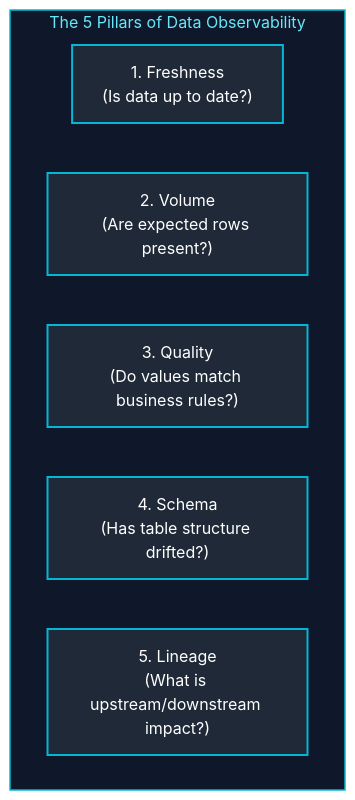
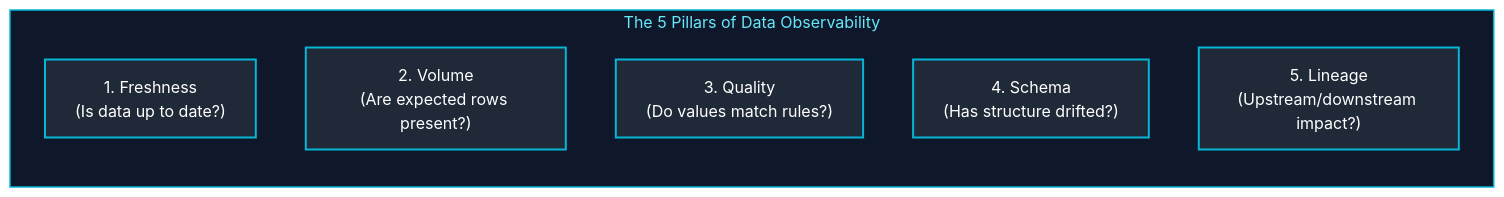
One commit to joydeep-biswas/Interview-Preparation changed the seventh of 9 diagrams in Data Engineering/14_data_governance_security_and_observability.md. Above: the diagram before and after it, drawn with Mermaid (neutral theme). The commit also changed other lines of this file and 76 other files, not shown here.

Commit message:
Updated Charts

````diff
--- a/Data Engineering/14_data_governance_security_and_observability.md
+++ b/Data Engineering/14_data_governance_security_and_observability.md
@@ -395,18 +397,18 @@
 ```mermaid
-flowchart TD
+flowchart LR
     subgraph FivePillars ["The 5 Pillars of Data Observability"]
         P1["1. Freshness<br/>(Is data up to date?)"]
         P2["2. Volume<br/>(Are expected rows present?)"]
-        P3["3. Quality<br/>(Do values match business rules?)"]
-        P4["4. Schema<br/>(Has table structure drifted?)"]
-        P5["5. Lineage<br/>(What is upstream/downstream impact?)"]
+        P3["3. Quality<br/>(Do values match rules?)"]
+        P4["4. Schema<br/>(Has structure drifted?)"]
+        P5["5. Lineage<br/>(Upstream/downstream impact?)"]
     end
 
     style FivePillars fill:#0f172a,stroke:#06b6d4,stroke-width:1.5px,color:#67e8f9
 
     style P1 fill:#1f2937,stroke:#06b6d4,stroke-width:2px,color:#fff
     style P2 fill:#1f2937,stroke:#06b6d4,stroke-width:2px,color:#fff
     style P3 fill:#1f2937,stroke:#06b6d4,stroke-width:2px,color:#fff
     style P4 fill:#1f2937,stroke:#06b6d4,stroke-width:2px,color:#fff
     style P5 fill:#1f2937,stroke:#06b6d4,stroke-width:2px,color:#fff
 ```
````
